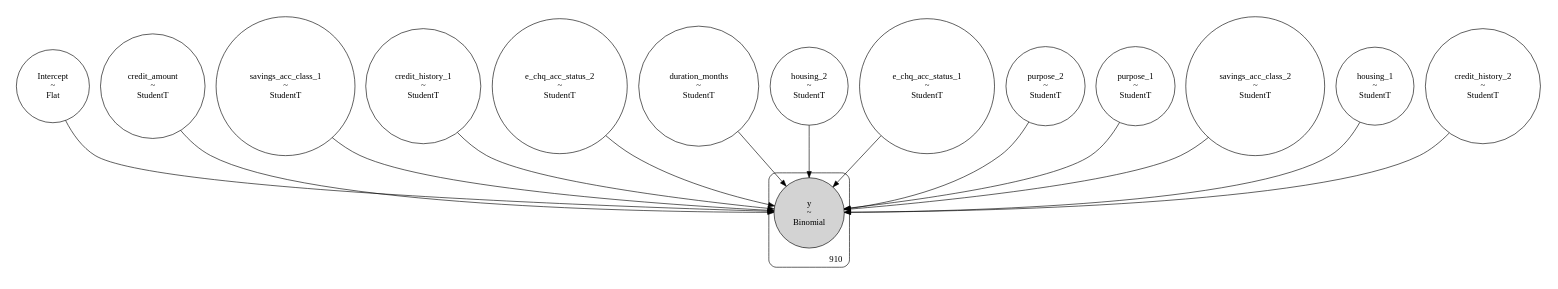
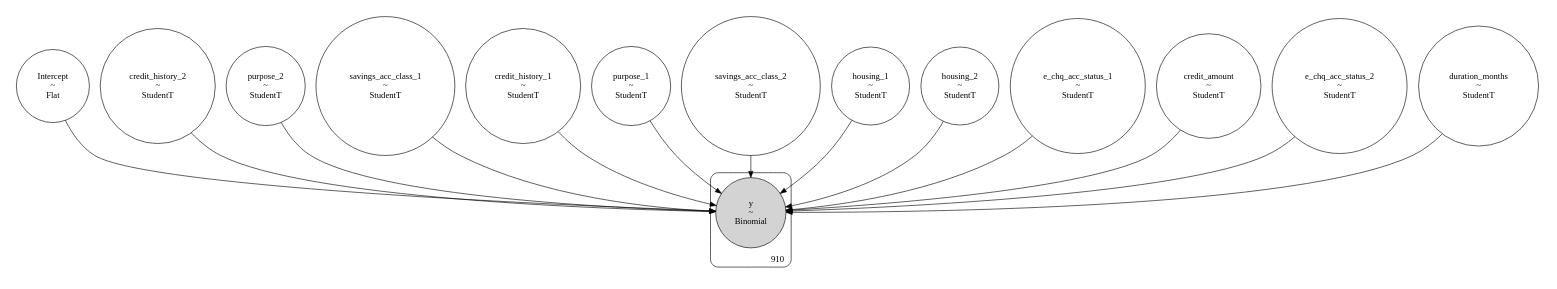
One commit to briefings/credit changed the diagram in warehouse/model/model.gv. Above: the diagram before and after it, drawn with Graphviz. The commit also changed other lines of this file, not shown here.

```diff
--- a/warehouse/model/model.gv
+++ b/warehouse/model/model.gv
@@ -1,62 +1,62 @@
 digraph {
 	graph [size="11.3,11.9"]
 	node [shape=circle]
 	Intercept [label="Intercept
 ~
 Flat"]
-	credit_amount [label="credit_amount
+	credit_history_2 [label="credit_history_2
+~
+StudentT"]
+	purpose_2 [label="purpose_2
 ~
 StudentT"]
 	savings_acc_class_1 [label="savings_acc_class_1
 ~
 StudentT"]
 	credit_history_1 [label="credit_history_1
-~
-StudentT"]
-	e_chq_acc_status_2 [label="e_chq_acc_status_2
-~
-StudentT"]
-	duration_months [label="duration_months
-~
-StudentT"]
-	housing_2 [label="housing_2
-~
-StudentT"]
-	e_chq_acc_status_1 [label="e_chq_acc_status_1
-~
-StudentT"]
-	purpose_2 [label="purpose_2
 ~
 StudentT"]
 	purpose_1 [label="purpose_1
 ~
 StudentT"]
 	savings_acc_class_2 [label="savings_acc_class_2
 ~
 StudentT"]
 	housing_1 [label="housing_1
 ~
 StudentT"]
-	credit_history_2 [label="credit_history_2
+	housing_2 [label="housing_2
+~
+StudentT"]
+	e_chq_acc_status_1 [label="e_chq_acc_status_1
+~
+StudentT"]
+	credit_amount [label="credit_amount
+~
+StudentT"]
+	e_chq_acc_status_2 [label="e_chq_acc_status_2
+~
+StudentT"]
+	duration_months [label="duration_months
 ~
 StudentT"]
 	subgraph cluster910 {
 		y [label="y
 ~
 Binomial" style=filled]
 		label=910 labeljust=r labelloc=b style=rounded
 	}
 	Intercept -> y
+	credit_history_2 -> y
+	purpose_2 -> y
 	savings_acc_class_1 -> y
+	credit_history_1 -> y
+	savings_acc_class_2 -> y
+	purpose_1 -> y
+	housing_2 -> y
+	housing_1 -> y
+	e_chq_acc_status_1 -> y
 	credit_amount -> y
-	credit_history_1 -> y
 	e_chq_acc_status_2 -> y
 	duration_months -> y
-	housing_2 -> y
-	e_chq_acc_status_1 -> y
-	savings_acc_class_2 -> y
-	purpose_1 -> y
-	purpose_2 -> y
-	housing_1 -> y
-	credit_history_2 -> y
 }
```
